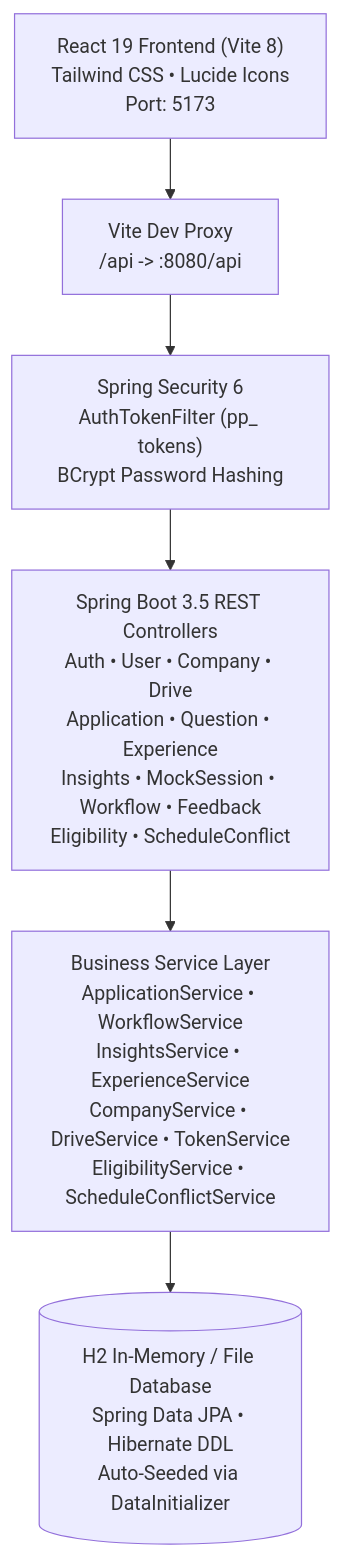
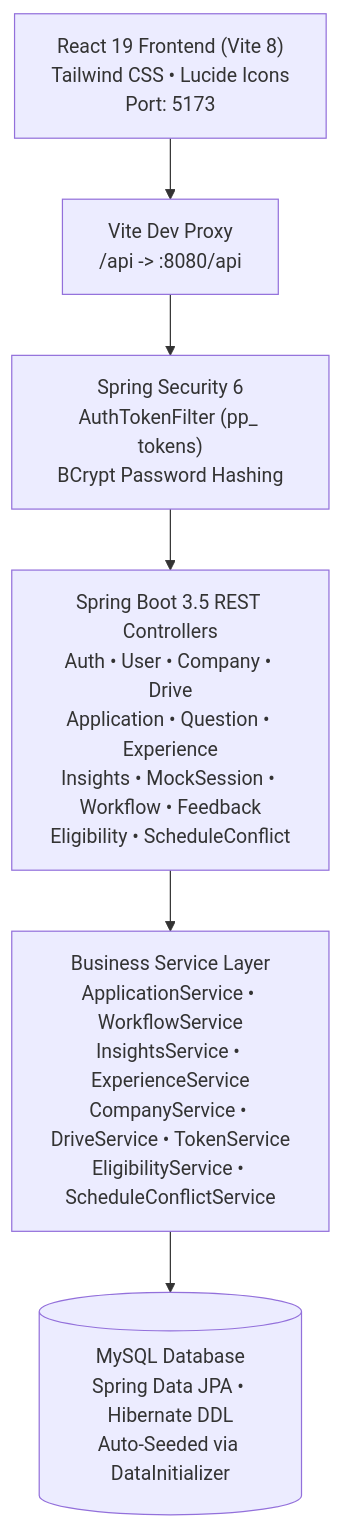
Before and after one commit to Priyansh1867/PlacePrep: the diagram in README.md, drawn with Mermaid. The commit also changed other lines of this file and 16 other files, not shown here.

````diff
--- a/README.md
+++ b/README.md
@@ -22,18 +22,18 @@
 ```mermaid
 graph TD
     Client["React 19 Frontend (Vite 8)<br/>Tailwind CSS • Lucide Icons<br/>Port: 5173"]
     Proxy["Vite Dev Proxy<br/>/api -> :8080/api"]
     Gateway["Spring Security 6<br/>AuthTokenFilter (pp_ tokens)<br/>BCrypt Password Hashing"]
     
     Controllers["Spring Boot 3.5 REST Controllers<br/>Auth • User • Company • Drive<br/>Application • Question • Experience<br/>Insights • MockSession • Workflow • Feedback<br/>Eligibility • ScheduleConflict"]
     
     Services["Business Service Layer<br/>ApplicationService • WorkflowService<br/>InsightsService • ExperienceService<br/>CompanyService • DriveService • TokenService<br/>EligibilityService • ScheduleConflictService"]
     
-    Database[("H2 In-Memory / File Database<br/>Spring Data JPA • Hibernate DDL<br/>Auto-Seeded via DataInitializer")]
+    Database[("MySQL Database<br/>Spring Data JPA • Hibernate DDL<br/>Auto-Seeded via DataInitializer")]
 
     Client --> Proxy
     Proxy --> Gateway
     Gateway --> Controllers
     Controllers --> Services
     Services --> Database
 ```
````
